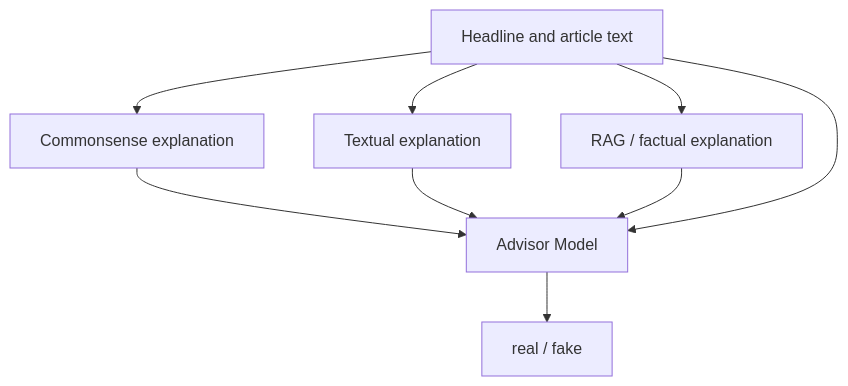
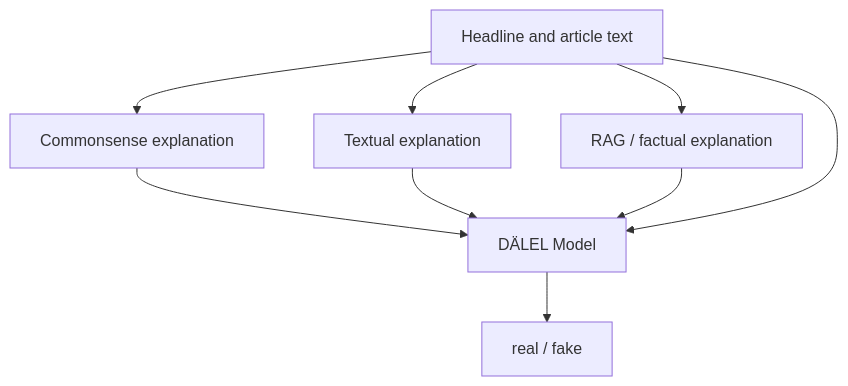
One commit to bakzhan22/Fakenews changed the diagram in README.md. Above: the diagram before and after it, drawn with Mermaid. The commit also changed other lines of this file, not shown here.

````diff
--- a/README.md
+++ b/README.md
@@ -26,11 +26,11 @@
 ```mermaid
 flowchart TD
     A["Headline and article text"] --> B["Commonsense explanation"]
     A --> C["Textual explanation"]
     A --> D["RAG / factual explanation"]
-    B --> E["Advisor Model"]
+    B --> E["DÄLEL Model"]
     C --> E
     D --> E
     A --> E
     E --> F["real / fake"]
 ```
````
